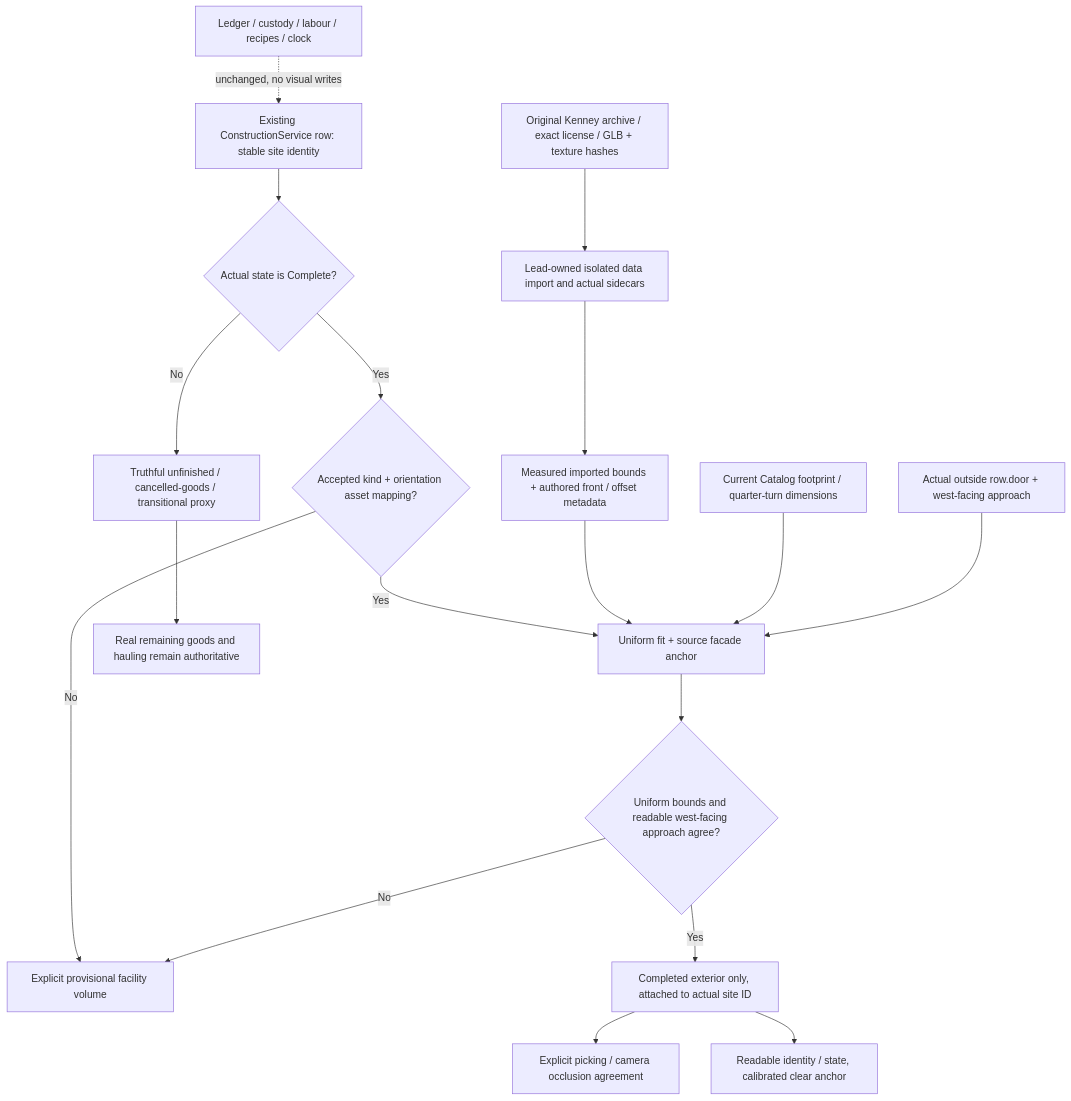
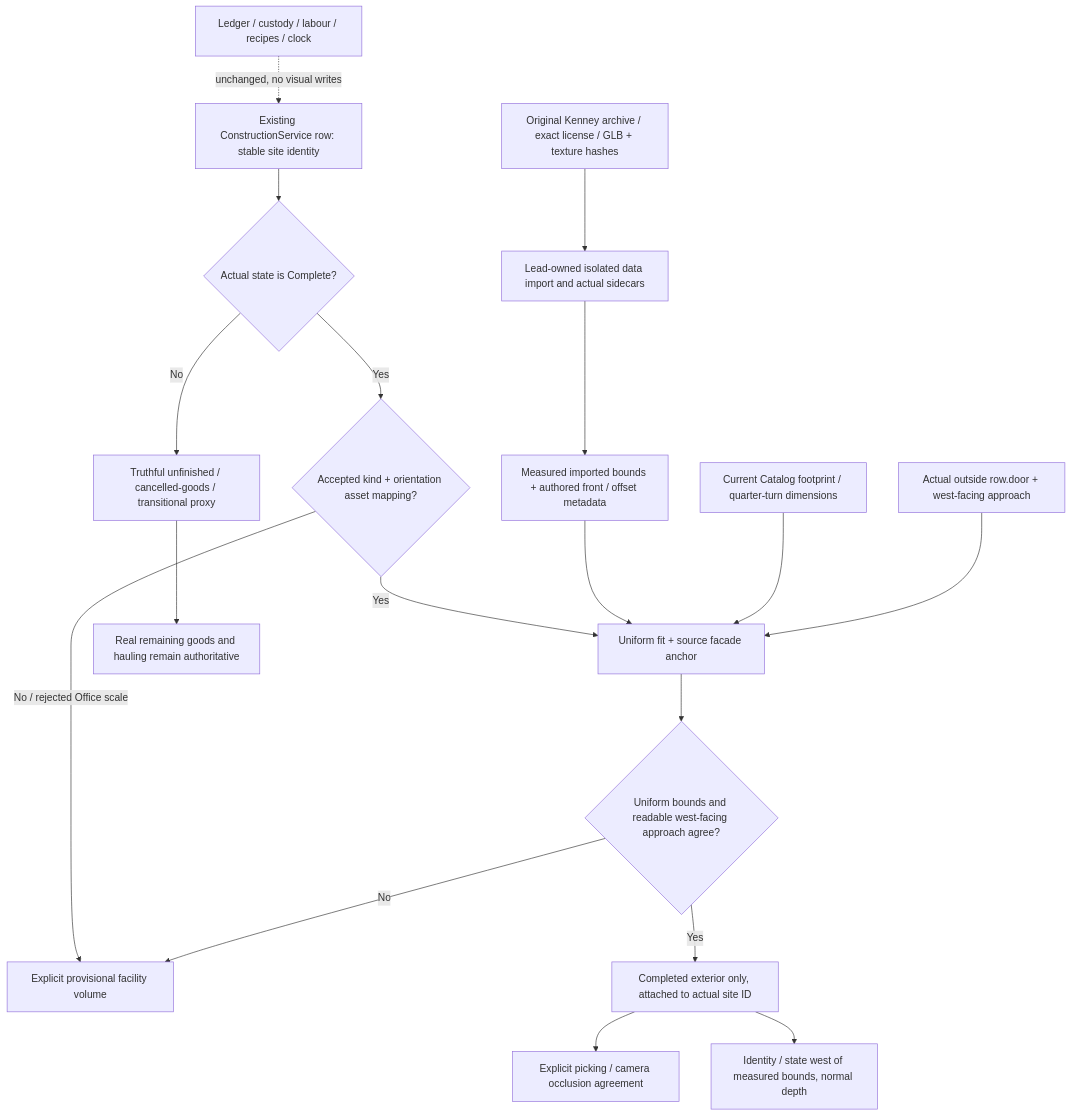
Before and after one commit to TheInfinityIQ/Trencho_V4: the diagram in docs/diagrams/3d_facility_exteriors.mmd, drawn with Mermaid. The commit also changed 6 other files, not shown here.

Commit message:
fix: calibrate facility fronts and keep Office provisional

```diff
--- a/docs/diagrams/3d_facility_exteriors.mmd
+++ b/docs/diagrams/3d_facility_exteriors.mmd
@@ -1,18 +1,18 @@
 flowchart TD
     Source[Original Kenney archive / exact license / GLB + texture hashes] --> Import[Lead-owned isolated data import and actual sidecars]
     Import --> Bounds[Measured imported bounds + authored front / offset metadata]
     Site[Existing ConstructionService row: stable site identity] --> State{Actual state is Complete?}
     State -->|No| Existing[Truthful unfinished / cancelled-goods / transitional proxy]
     State -->|Yes| Mapping{Accepted kind + orientation asset mapping?}
-    Mapping -->|No| Provisional[Explicit provisional facility volume]
+    Mapping -->|No / rejected Office scale| Provisional[Explicit provisional facility volume]
     Mapping -->|Yes| Fit[Uniform fit + source facade anchor]
     Bounds --> Fit
     Catalog[Current Catalog footprint / quarter-turn dimensions] --> Fit
     Door[Actual outside row.door + west-facing approach] --> Fit
     Fit --> Agree{Uniform bounds and readable west-facing approach agree?}
     Agree -->|No| Provisional
     Agree -->|Yes| Shell[Completed exterior only, attached to actual site ID]
     Shell --> Occlusion[Explicit picking / camera occlusion agreement]
-    Shell --> Label[Readable identity / state, calibrated clear anchor]
+    Shell --> Label[Identity / state west of measured bounds, normal depth]
     Authority[Ledger / custody / labour / recipes / clock] -. unchanged, no visual writes .-> Site
     Existing --> Recovery[Real remaining goods and hauling remain authoritative]
```
